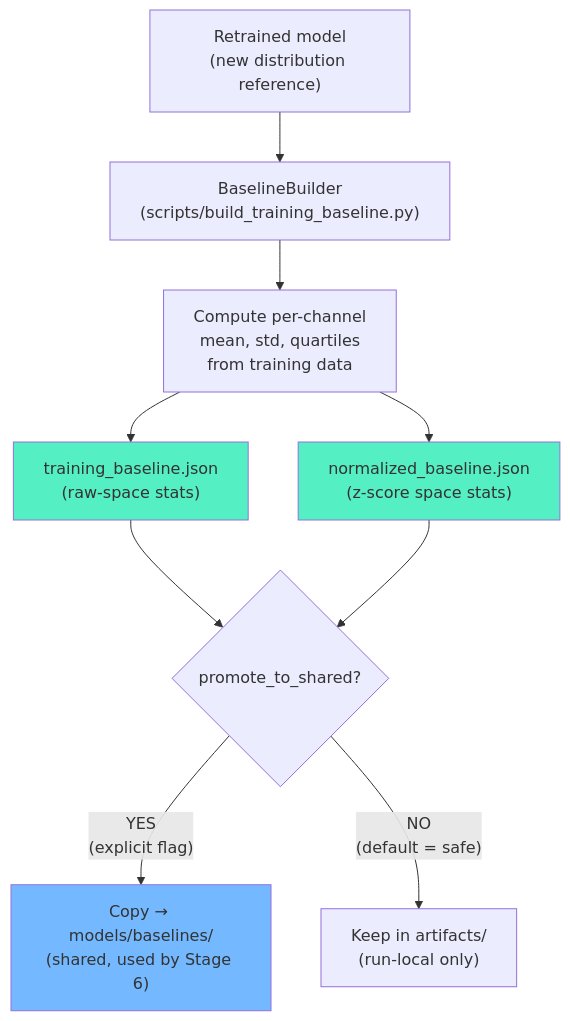
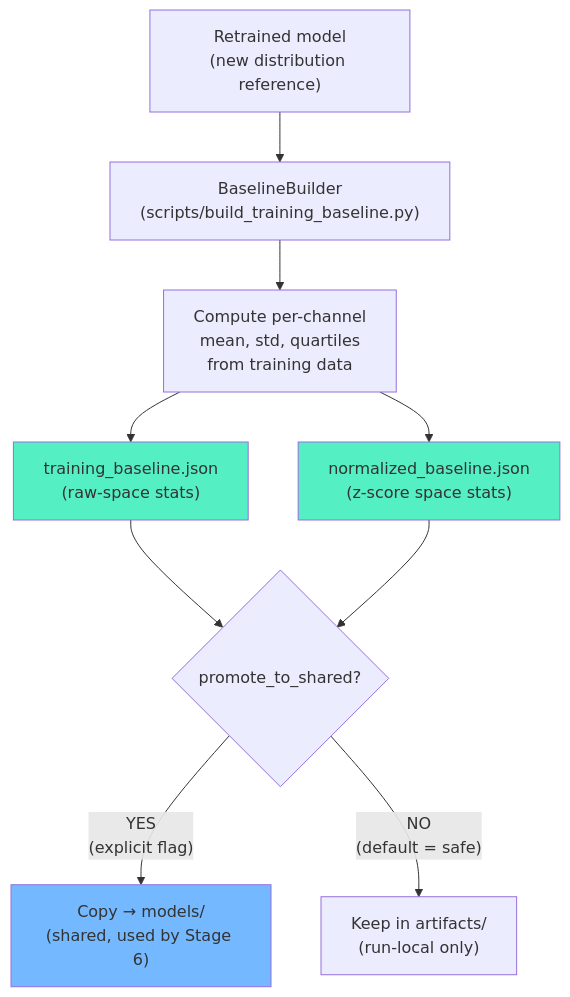
Before and after one commit to ShalinVachheta017/MasterArbeit_MLops: diagram 12 of 19 in Fourth March/2026_03_04/01_data_pipeline_flow.md, drawn with Mermaid. The commit also changed other lines of this file and 30 other files, not shown here.

````diff
--- a/Fourth March/2026_03_04/01_data_pipeline_flow.md
+++ b/Fourth March/2026_03_04/01_data_pipeline_flow.md
@@ -372,15 +372,15 @@
 ```mermaid
 flowchart TD
     A["Retrained model\n(new distribution reference)"] --> B["BaselineBuilder\n(scripts/build_training_baseline.py)"]
     B --> C["Compute per-channel\nmean, std, quartiles\nfrom training data"]
     C --> D["training_baseline.json\n(raw-space stats)"]
     C --> E["normalized_baseline.json\n(z-score space stats)"]
     D --> F{"promote_to_shared?"}
     E --> F
-    F -->|"YES\n(explicit flag)"| G["Copy → models/baselines/\n(shared, used by Stage 6)"]
+    F -->|"YES\n(explicit flag)"| G["Copy → models/\n(shared, used by Stage 6)"]
     F -->|"NO\n(default = safe)"| H["Keep in artifacts/\n(run-local only)"]
 
     style D fill:#55efc4
     style E fill:#55efc4
     style G fill:#74b9ff
 ```
````
